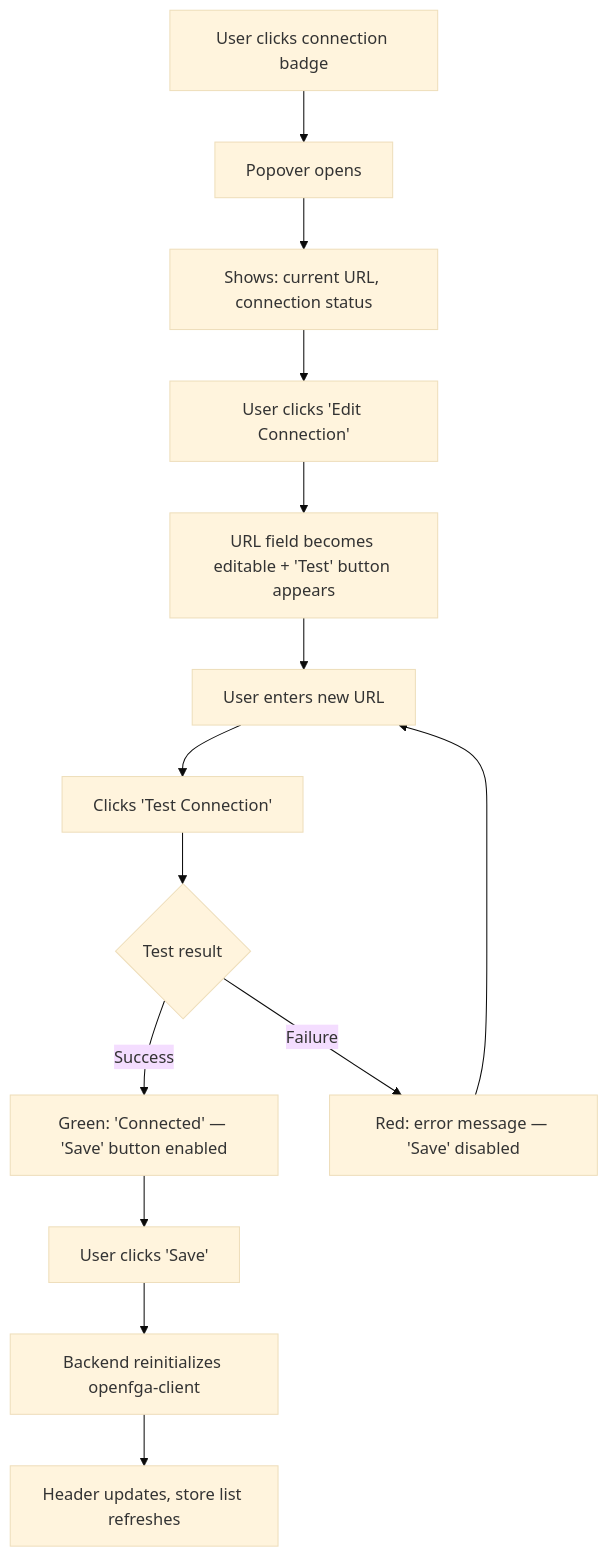
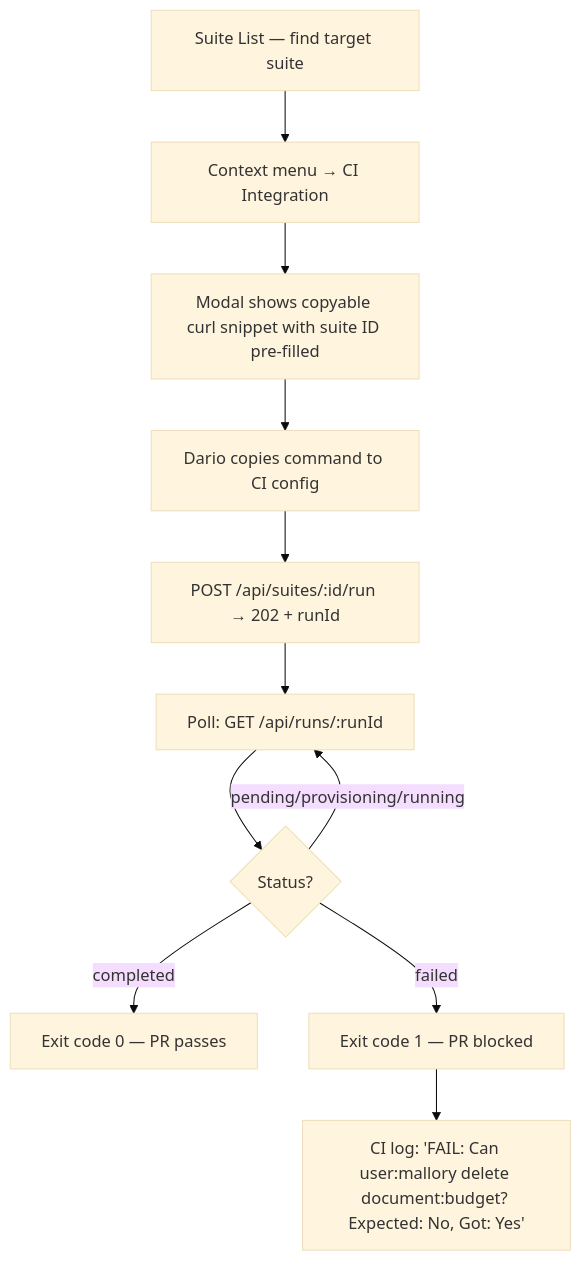
Before and after one commit to monte97/openfga-ide: the fifth of 5 diagrams in _bmad-output/planning-artifacts/ux-design-specification.md, drawn with Mermaid (base theme). The commit also changed other lines of this file and 92 other files, not shown here.

First line of the commit message:
feat: Epics 7-10 — Authorization Test Suite Management

````diff
--- a/_bmad-output/planning-artifacts/ux-design-specification.md
+++ b/_bmad-output/planning-artifacts/ux-design-specification.md
@@ -773,16 +562,13 @@
 ```mermaid
 flowchart TD
-    A[User clicks connection badge] --> B[Popover opens]
-    B --> C[Shows: current URL, connection status]
-    C --> D[User clicks 'Edit Connection']
-    D --> E[URL field becomes editable + 'Test' button appears]
-    E --> F[User enters new URL]
-    F --> G[Clicks 'Test Connection']
-    G --> H{Test result}
-    H -->|Success| I[Green: 'Connected' — 'Save' button enabled]
-    H -->|Failure| J[Red: error message — 'Save' disabled]
-    I --> K[User clicks 'Save']
-    K --> L[Backend reinitializes openfga-client]
-    L --> M[Header updates, store list refreshes]
-    J --> F
+    A[Suite List — find target suite] --> B[Context menu → CI Integration]
+    B --> C["Modal shows copyable curl snippet with suite ID pre-filled"]
+    C --> D[Dario copies command to CI config]
+    D --> E["POST /api/suites/:id/run → 202 + runId"]
+    E --> F["Poll: GET /api/runs/:runId"]
+    F --> G{Status?}
+    G -->|pending/provisioning/running| F
+    G -->|completed| H[Exit code 0 — PR passes]
+    G -->|failed| I[Exit code 1 — PR blocked]
+    I --> J["CI log: 'FAIL: Can user:mallory delete document:budget? Expected: No, Got: Yes'"]
 ```
````
